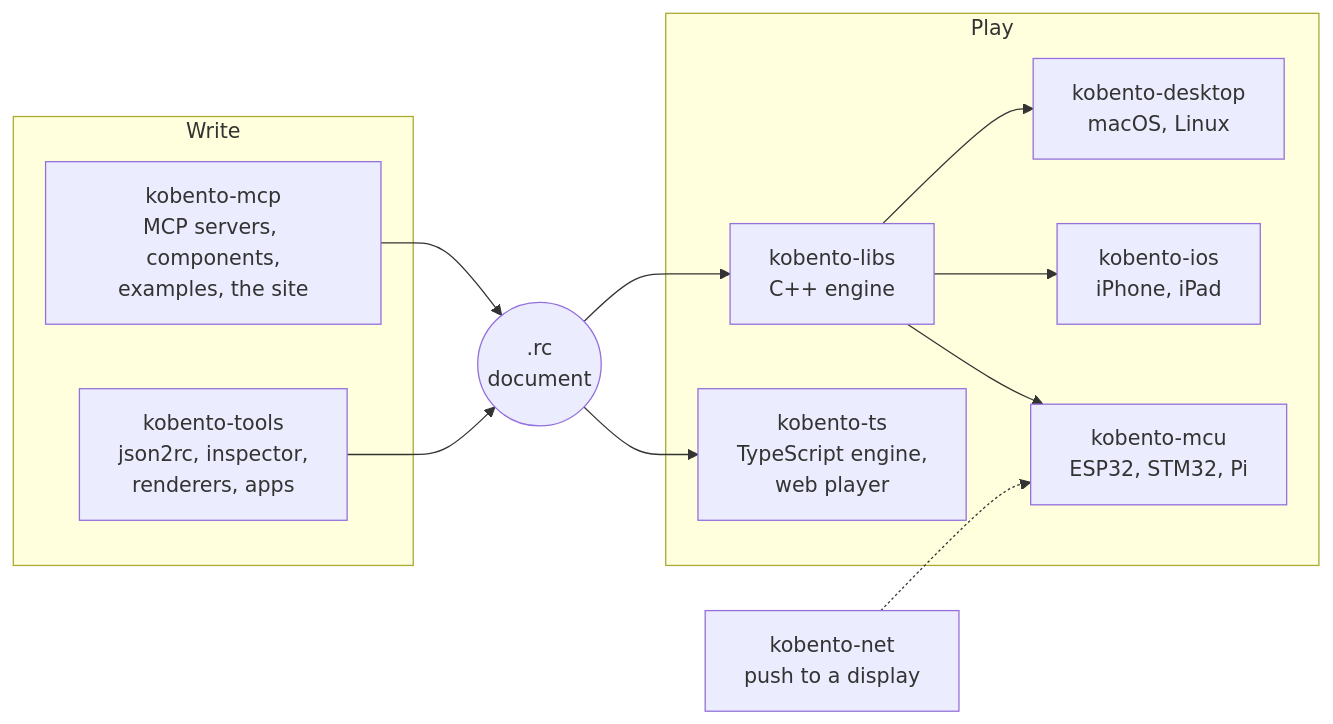
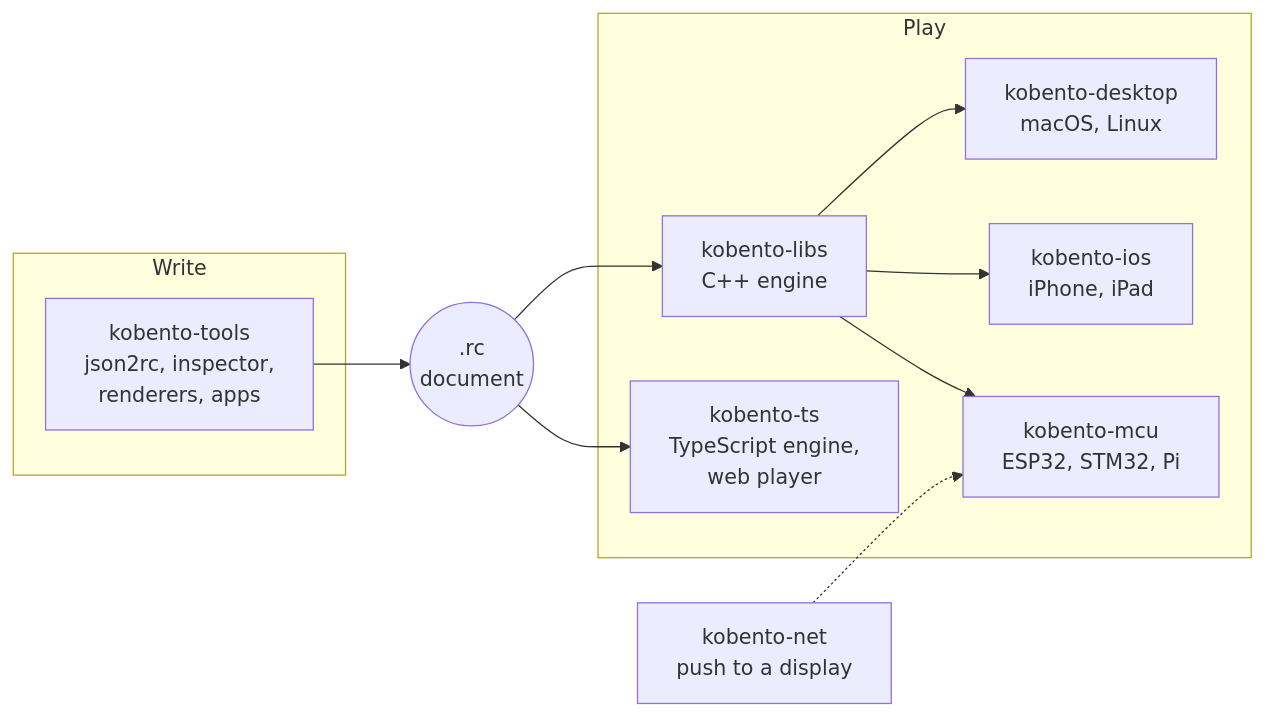
Before and after one commit to kobento/.github: the diagram in profile/README.md, drawn with Mermaid. The commit also changed other lines of this file, not shown here.

First line of the commit message:
profile: no kobento-mcp while it is private

````diff
--- a/profile/README.md
+++ b/profile/README.md
@@ -100,24 +100,25 @@
 ```mermaid
 flowchart LR
   subgraph Write
-    MCP[kobento-mcp<br/>MCP servers, components,<br/>examples, the site]
+    %% kobento-mcp is private for now: put this node and its edge back when it is public.
+    %% MCP[kobento-mcp<br/>MCP servers, components,<br/>examples, the site]
     TOOLS[kobento-tools<br/>json2rc, inspector,<br/>renderers, apps]
   end
   RC((.rc<br/>document))
   subgraph Play
     LIBS[kobento-libs<br/>C++ engine]
     TS[kobento-ts<br/>TypeScript engine,<br/>web player]
     DESK[kobento-desktop<br/>macOS, Linux]
     IOS[kobento-ios<br/>iPhone, iPad]
     MCU[kobento-mcu<br/>ESP32, STM32, Pi]
   end
   NET[kobento-net<br/>push to a display]
-  MCP --> RC
+  %% MCP --> RC
   TOOLS --> RC
   RC --> TS
   RC --> LIBS
   LIBS --> DESK
   LIBS --> IOS
   LIBS --> MCU
   NET -.-> MCU
 ```
````
